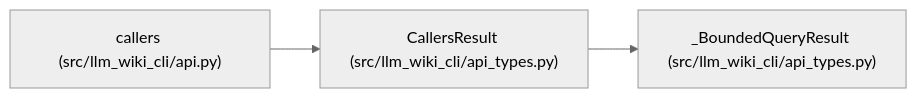
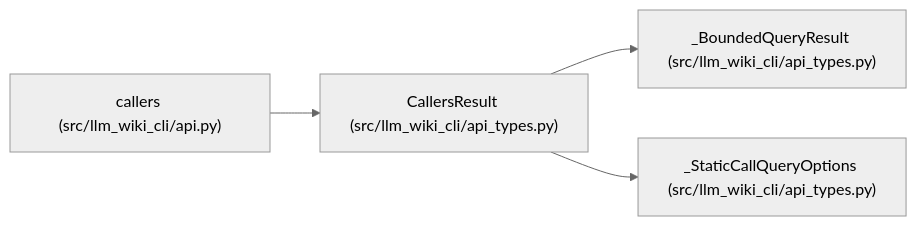
The diagram in docs/llm_wiki/entities/CallersResult.md (Denissvgn/python-wiki-llm), drawn with Mermaid (neutral theme) before and after one commit. The commit also changed other lines of this file and 1410 other files, not shown here.

````diff
--- a/docs/llm_wiki/entities/CallersResult.md
+++ b/docs/llm_wiki/entities/CallersResult.md
@@ -26,11 +26,14 @@
 ```mermaid
 flowchart LR
     n0["CallersResult (src/llm_wiki_cli/api_types.py)"]
     n1["_BoundedQueryResult (src/llm_wiki_cli/api_types.py)"]
-    n2["callers (src/llm_wiki_cli/api.py)"]
+    n2["_StaticCallQueryOptions (src/llm_wiki_cli/api_types.py)"]
+    n3["callers (src/llm_wiki_cli/api.py)"]
     n0 --> n1
-    n2 --> n0
+    n0 --> n2
+    n3 --> n0
     click n0 "../modules/api_types.md"
     click n1 "../modules/api_types.md"
-    click n2 "../modules/api.md"
+    click n2 "../modules/api_types.md"
+    click n3 "../modules/api.md"
 ```
````
